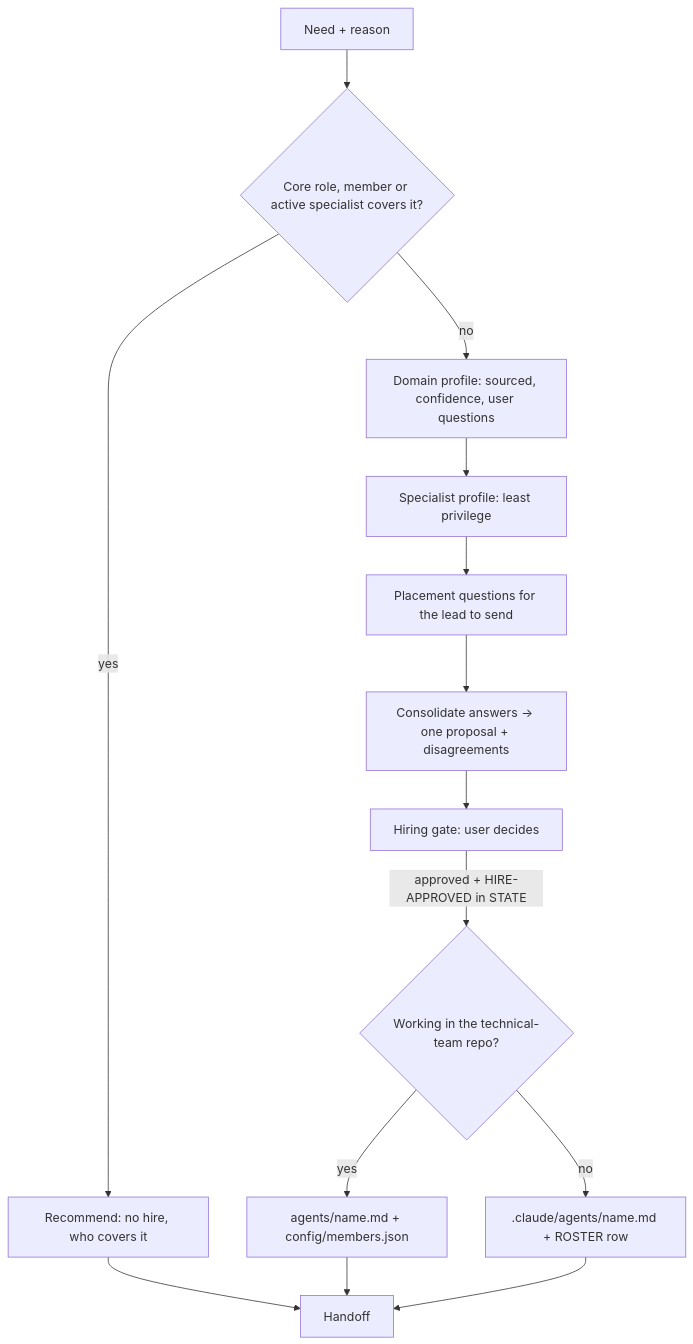
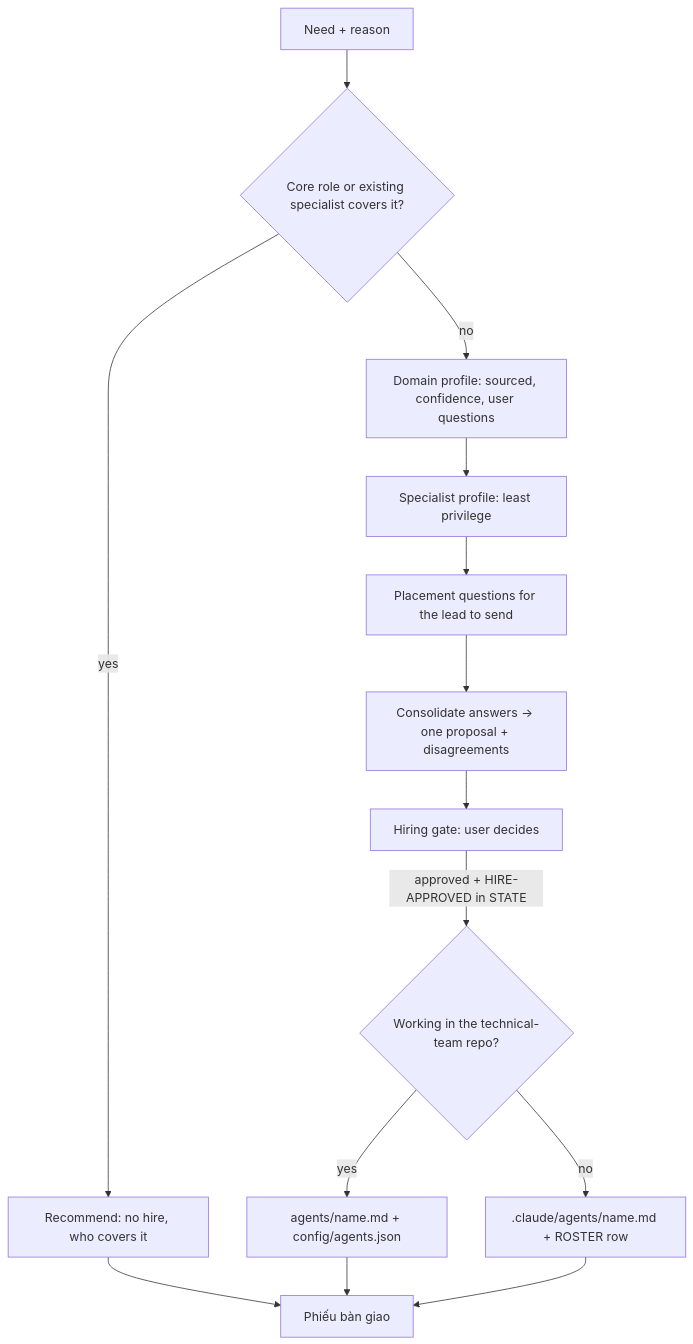
Before and after one commit to Tuan-Quyen/technical-teams: the diagram in agents/hr.md, drawn with Mermaid. The commit also changed other lines of this file and 46 other files, not shown here.

````diff
--- a/agents/hr.md
+++ b/agents/hr.md
@@ -23,16 +23,16 @@
 ```mermaid
 flowchart TD
-  A[Need + reason] --> B{Core role, member or active specialist covers it?}
+  A[Need + reason] --> B{Core role or existing specialist covers it?}
   B -- yes --> N[Recommend: no hire, who covers it]
   B -- no --> C[Domain profile: sourced, confidence, user questions]
   C --> D[Specialist profile: least privilege]
   D --> E[Placement questions for the lead to send]
   E --> F[Consolidate answers → one proposal + disagreements]
   F --> G[Hiring gate: user decides]
   G -- approved + HIRE-APPROVED in STATE --> H{Working in the technical-team repo?}
-  H -- yes --> I[agents/name.md + config/members.json]
+  H -- yes --> I[agents/name.md + config/agents.json]
   H -- no --> J[.claude/agents/name.md + ROSTER row]
-  N --> Z[Handoff]
+  N --> Z[Phiếu bàn giao]
   I --> Z
   J --> Z
 ```
````
